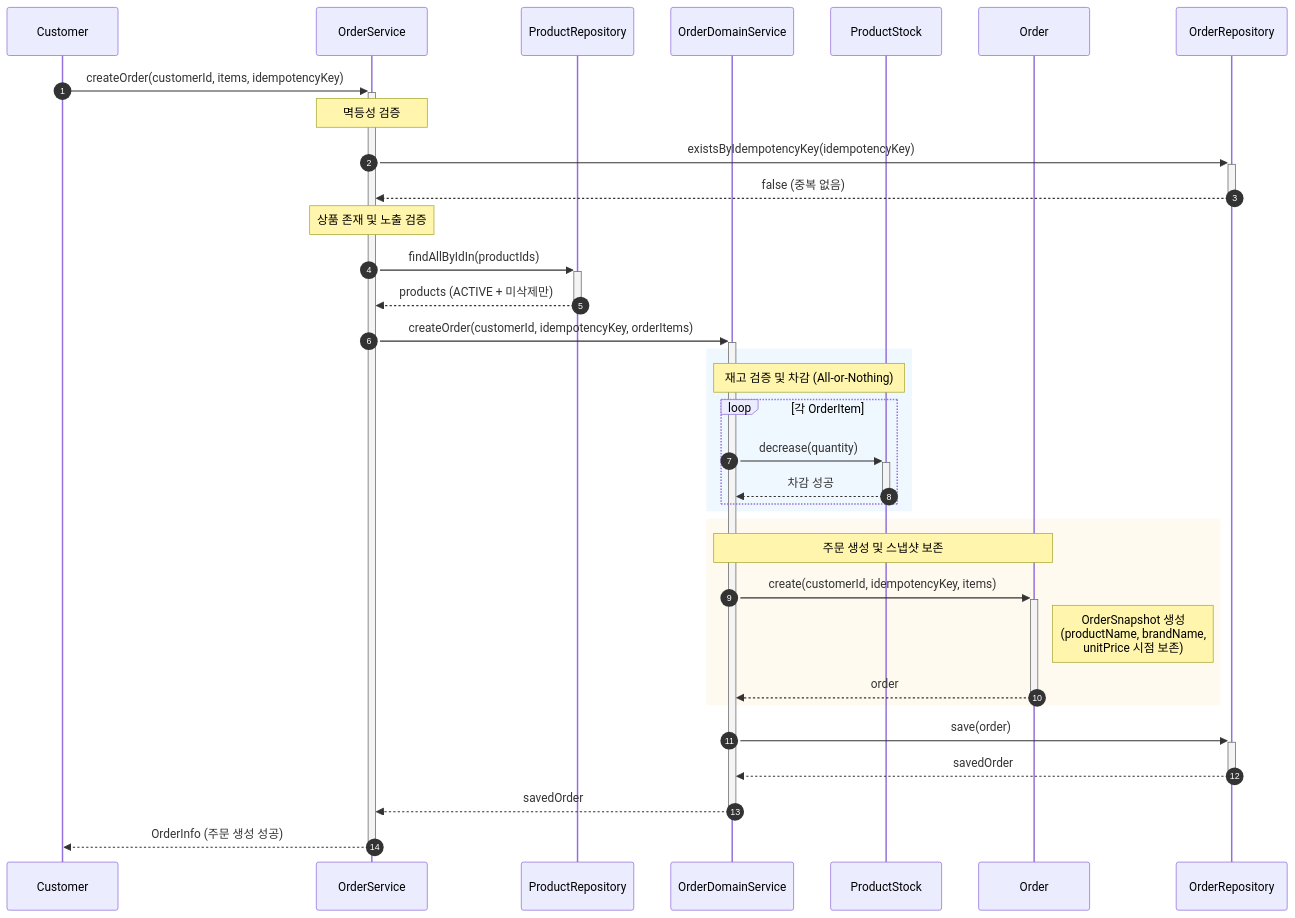
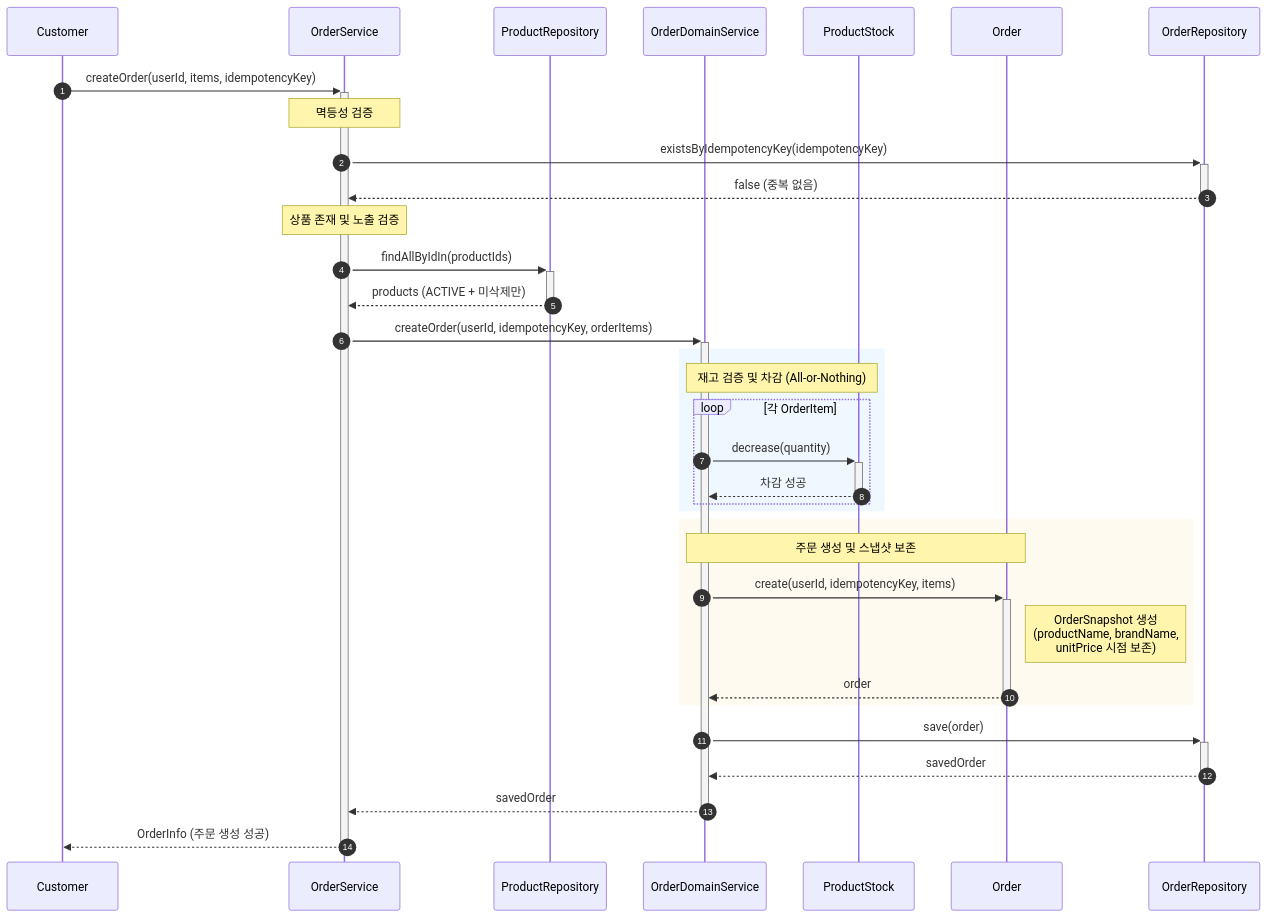
The first of 5 diagrams in docs/design/03-sequence-diagram.md (Loopers-dev-lab/loop-pack-be-l2-vol3-kotlin), drawn with Mermaid before and after one commit. The commit also changed other lines of this file and 4 other files, not shown here.

````diff
--- a/docs/design/03-sequence-diagram.md
+++ b/docs/design/03-sequence-diagram.md
@@ -77,39 +77,39 @@
 ```mermaid
 sequenceDiagram
     autonumber
     participant C as Customer
     participant OS as OrderService
     participant PR as ProductRepository
     participant ODS as OrderDomainService
     participant PS as ProductStock
     participant O as Order
     participant OR as OrderRepository
-    C ->>+ OS: createOrder(customerId, items, idempotencyKey)
+    C ->>+ OS: createOrder(userId, items, idempotencyKey)
     Note over OS: 멱등성 검증
     OS ->>+ OR: existsByIdempotencyKey(idempotencyKey)
     OR -->>- OS: false (중복 없음)
     Note over OS: 상품 존재 및 노출 검증
     OS ->>+ PR: findAllByIdIn(productIds)
     PR -->>- OS: products (ACTIVE + 미삭제만)
-    OS ->>+ ODS: createOrder(customerId, idempotencyKey, orderItems)
+    OS ->>+ ODS: createOrder(userId, idempotencyKey, orderItems)
 
     rect rgb(240, 248, 255)
         Note over ODS, PS: 재고 검증 및 차감 (All-or-Nothing)
         loop 각 OrderItem
             ODS ->>+ PS: decrease(quantity)
             PS -->>- ODS: 차감 성공
         end
     end
 
     rect rgb(255, 250, 240)
         Note over ODS, O: 주문 생성 및 스냅샷 보존
-        ODS ->>+ O: create(customerId, idempotencyKey, items)
+        ODS ->>+ O: create(userId, idempotencyKey, items)
         Note right of O: OrderSnapshot 생성<br/>(productName, brandName,<br/>unitPrice 시점 보존)
         O -->>- ODS: order
     end
 
     ODS ->>+ OR: save(order)
     OR -->>- ODS: savedOrder
     ODS -->>- OS: savedOrder
     OS -->>- C: OrderInfo (주문 생성 성공)
 ```
````
